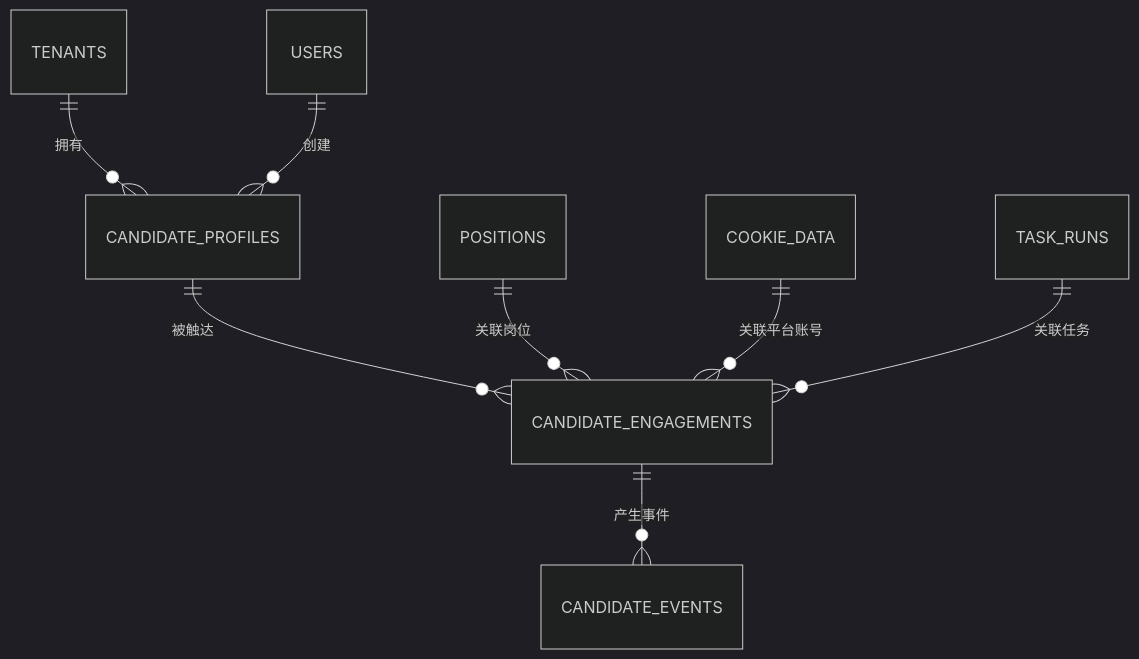
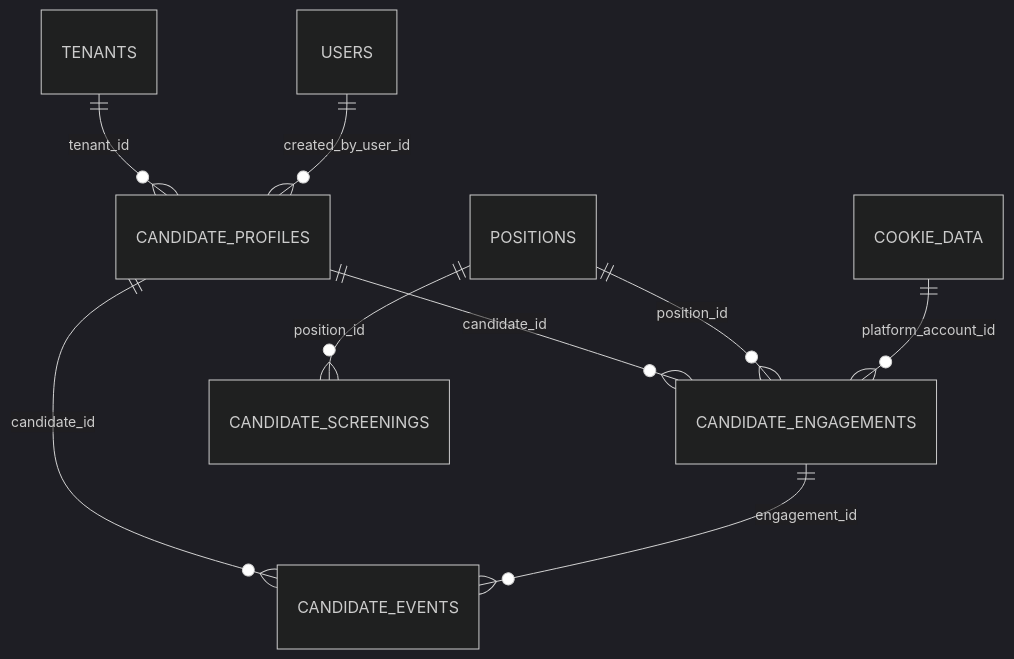
The second of 5 diagrams in .qoder/repowiki/zh/content/云端后端服务/候选人处理系统/候选人数据存储.md (alvinwangzi/goodhr), drawn with Mermaid (dark theme) before and after one commit. The commit also changed other lines of this file and 149 other files, not shown here.

````diff
--- a/.qoder/repowiki/zh/content/云端后端服务/候选人处理系统/候选人数据存储.md
+++ b/.qoder/repowiki/zh/content/云端后端服务/候选人处理系统/候选人数据存储.md
@@ -86,10 +82,11 @@
 ```mermaid
 erDiagram
-TENANTS ||--o{ CANDIDATE_PROFILES : "拥有"
-USERS ||--o{ CANDIDATE_PROFILES : "创建"
-CANDIDATE_PROFILES ||--o{ CANDIDATE_ENGAGEMENTS : "被触达"
-CANDIDATE_ENGAGEMENTS ||--o{ CANDIDATE_EVENTS : "产生事件"
-POSITIONS ||--o{ CANDIDATE_ENGAGEMENTS : "关联岗位"
-COOKIE_DATA ||--o{ CANDIDATE_ENGAGEMENTS : "关联平台账号"
-TASK_RUNS ||--o{ CANDIDATE_ENGAGEMENTS : "关联任务"
+TENANTS ||--o{ CANDIDATE_PROFILES : "tenant_id"
+USERS ||--o{ CANDIDATE_PROFILES : "created_by_user_id"
+CANDIDATE_PROFILES ||--o{ CANDIDATE_ENGAGEMENTS : "candidate_id"
+CANDIDATE_PROFILES ||--o{ CANDIDATE_EVENTS : "candidate_id"
+CANDIDATE_ENGAGEMENTS ||--o{ CANDIDATE_EVENTS : "engagement_id"
+POSITIONS ||--o{ CANDIDATE_ENGAGEMENTS : "position_id"
+COOKIE_DATA ||--o{ CANDIDATE_ENGAGEMENTS : "platform_account_id"
+POSITIONS ||--o{ CANDIDATE_SCREENINGS : "position_id"
 ```
````
